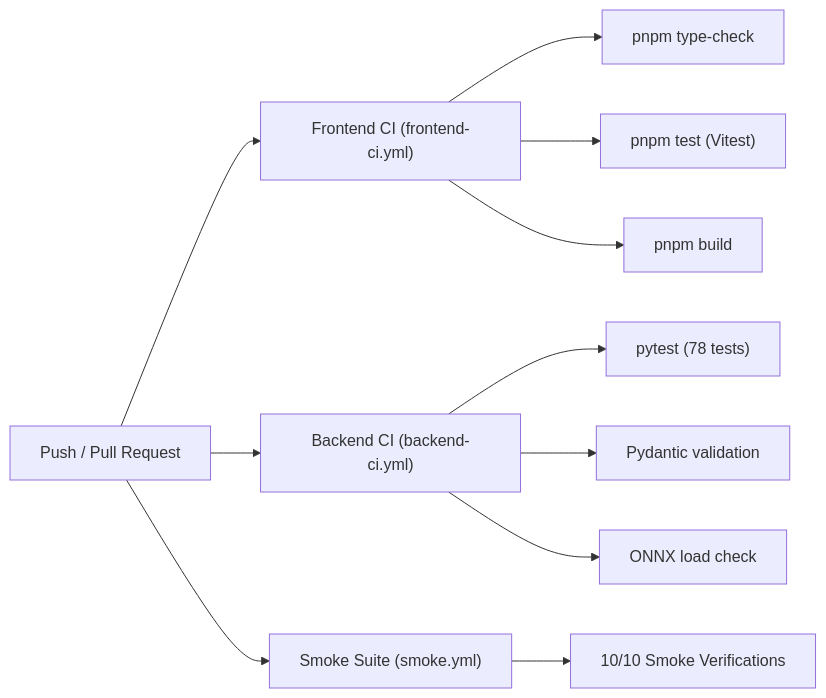
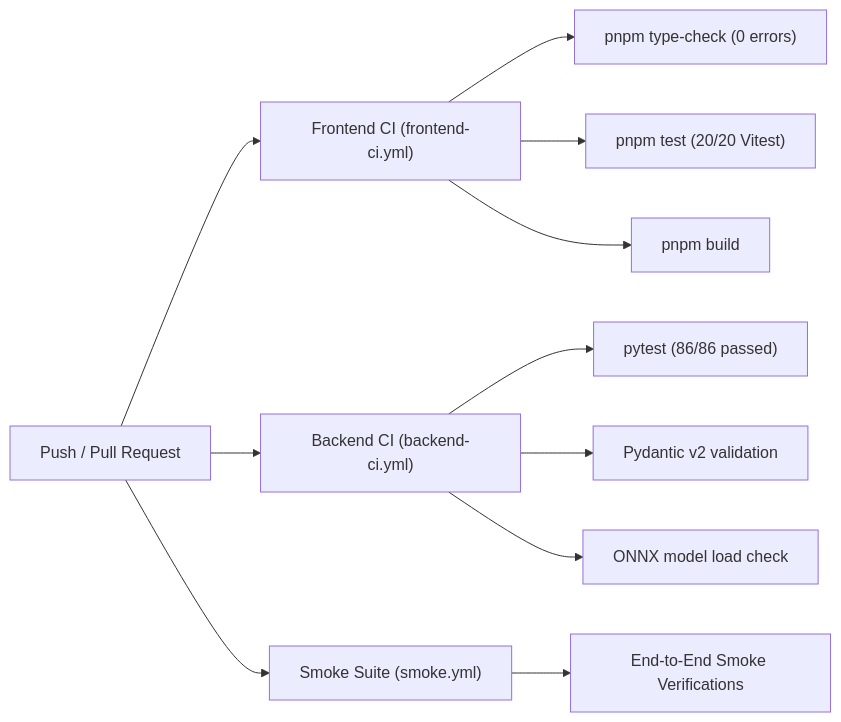
One commit to TanishBane/Nexfield changed the second of 2 diagrams in docs/DEPLOYMENT.md. Above: the diagram before and after it, drawn with Mermaid. The commit also changed other lines of this file and 30 other files, not shown here.

````diff
--- a/docs/DEPLOYMENT.md
+++ b/docs/DEPLOYMENT.md
@@ -118,16 +122,16 @@
 ```mermaid
 flowchart LR
     Push["Push / Pull Request"] --> CI1["Frontend CI (frontend-ci.yml)"]
     Push --> CI2["Backend CI (backend-ci.yml)"]
     Push --> CI3["Smoke Suite (smoke.yml)"]
 
-    CI1 --> V1["pnpm type-check"]
-    CI1 --> V2["pnpm test (Vitest)"]
+    CI1 --> V1["pnpm type-check (0 errors)"]
+    CI1 --> V2["pnpm test (20/20 Vitest)"]
     CI1 --> V3["pnpm build"]
 
-    CI2 --> P1["pytest (78 tests)"]
-    CI2 --> P2["Pydantic validation"]
-    CI2 --> P3["ONNX load check"]
+    CI2 --> P1["pytest (86/86 passed)"]
+    CI2 --> P2["Pydantic v2 validation"]
+    CI2 --> P3["ONNX model load check"]
 
-    CI3 --> S1["10/10 Smoke Verifications"]
+    CI3 --> S1["End-to-End Smoke Verifications"]
 ```
````
